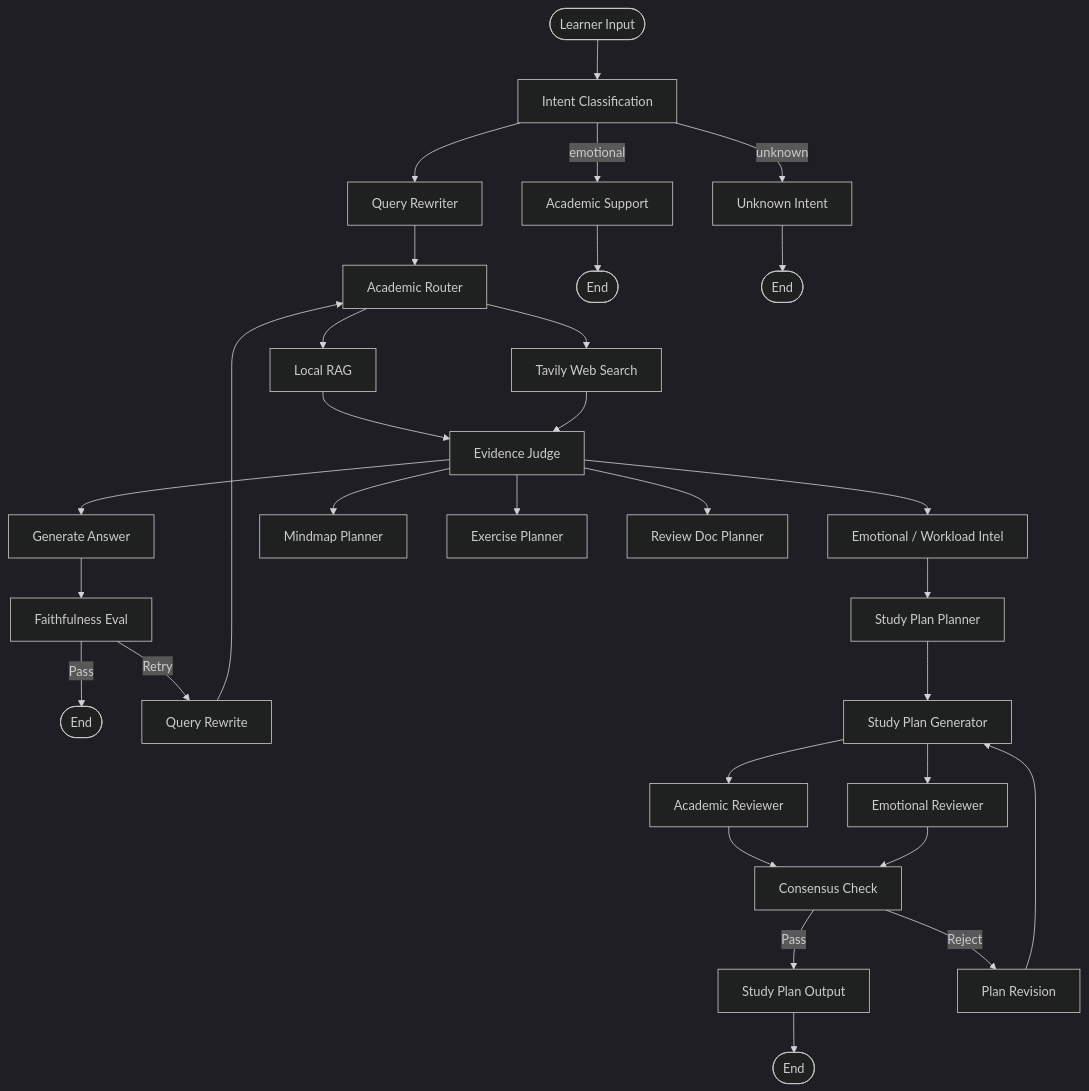
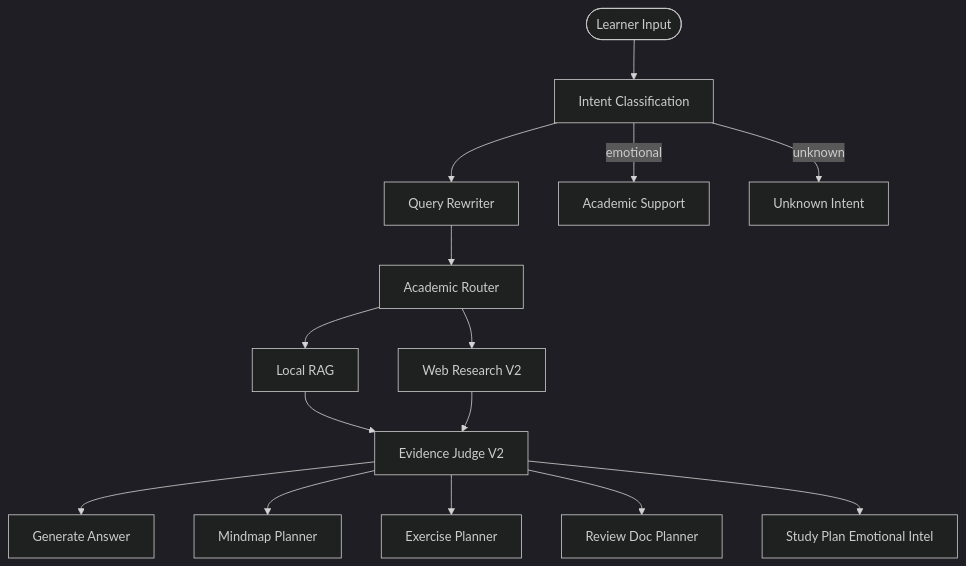
The diagram in README_en.md (kyle-1227/A3_study_agent), drawn with Mermaid (dark theme) before and after one commit. The commit also changed other lines of this file and 40 other files, not shown here.

First line of the commit message:
重构 Web Research V2 并支持多资源并行生成

````diff
--- a/README_en.md
+++ b/README_en.md
@@ -41,39 +42,19 @@
 ```mermaid
 graph TD
   START([Learner Input]) --> supervisor[Intent Classification]
-
   supervisor --> search_query_rewriter[Query Rewriter]
-  search_query_rewriter --> academic_router[Academic Router]
   supervisor -->|emotional| emotional_response[Academic Support]
   supervisor -->|unknown| handle_unknown[Unknown Intent]
 
+  search_query_rewriter --> academic_router[Academic Router]
   academic_router --> rag_retrieve[Local RAG]
-  academic_router --> web_search[Tavily Web Search]
-  rag_retrieve --> evidence_judge[Evidence Judge]
+  academic_router --> web_search[Web Research V2]
+  rag_retrieve --> evidence_judge[Evidence Judge V2]
   web_search --> evidence_judge
 
   evidence_judge --> generate_answer[Generate Answer]
-  evidence_judge --> study_plan_emotional_intel[Emotional / Workload Intel]
   evidence_judge --> mindmap_planner[Mindmap Planner]
   evidence_judge --> exercise_planner[Exercise Planner]
   evidence_judge --> review_doc_planner[Review Doc Planner]
-
-  generate_answer --> evaluate_hallucination[Faithfulness Eval]
-  evaluate_hallucination -->|Pass| END_A([End])
-  evaluate_hallucination -->|Retry| rewrite_query[Query Rewrite]
-  rewrite_query --> academic_router
-
-  study_plan_emotional_intel --> study_plan_planner[Study Plan Planner]
-  study_plan_planner --> study_plan_agent[Study Plan Generator]
-  study_plan_agent --> study_plan_reviewer_academic[Academic Reviewer]
-  study_plan_agent --> study_plan_reviewer_emotional[Emotional Reviewer]
-  study_plan_reviewer_academic --> study_plan_consensus[Consensus Check]
-  study_plan_reviewer_emotional --> study_plan_consensus
-  study_plan_consensus -->|Pass| study_plan_output[Study Plan Output]
-  study_plan_consensus -->|Reject| study_plan_rewrite[Plan Revision]
-  study_plan_rewrite --> study_plan_agent
-  study_plan_output --> END_P([End])
-
-  emotional_response --> END_E([End])
-  handle_unknown --> END_U([End])
+  evidence_judge --> study_plan_emotional_intel[Study Plan Emotional Intel]
 ```
````
